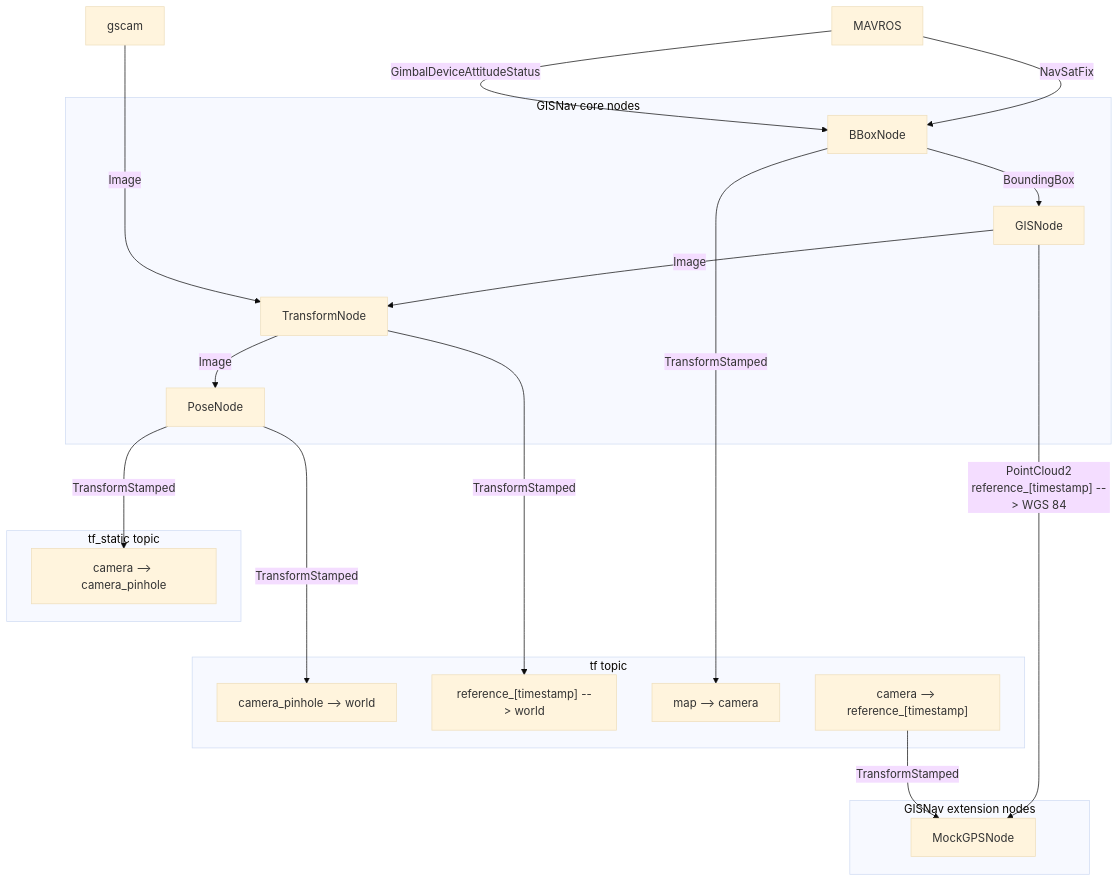
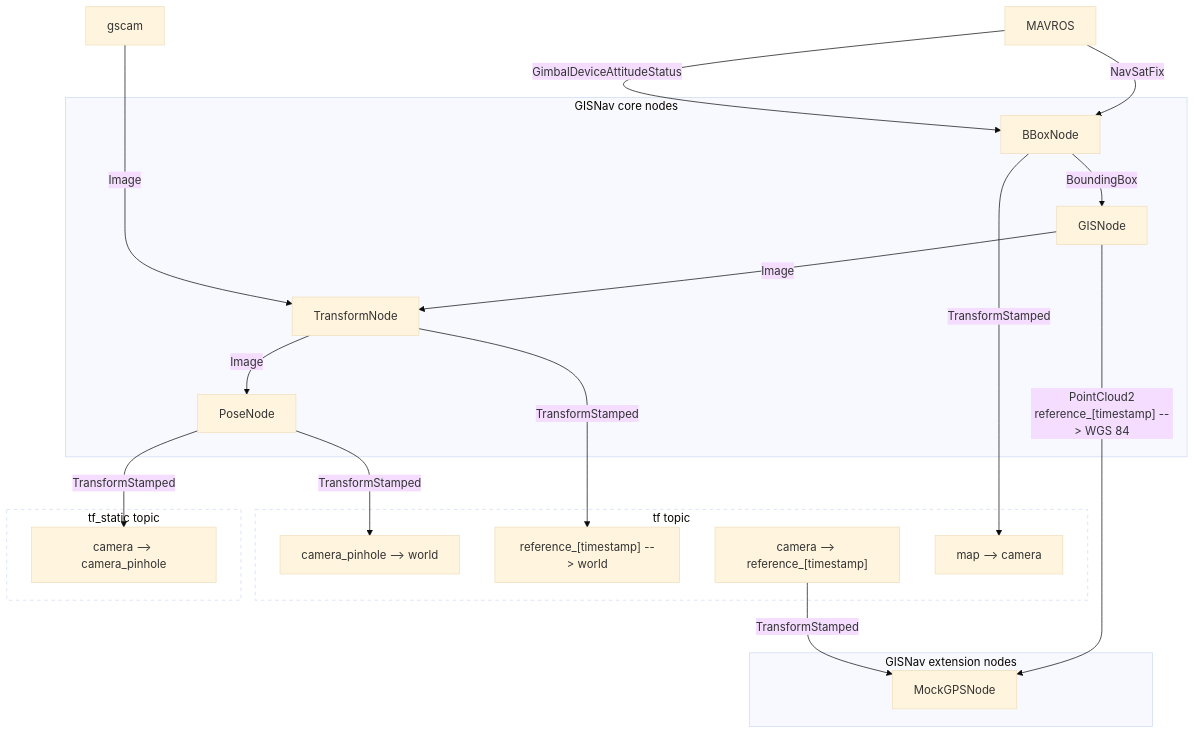
Before and after one commit to hmakelin/gisnav: the diagram in docs/pages/developer_guide/integration/ros_messaging.rst, drawn with Mermaid (base theme). The commit also changed other lines of this file, not shown here.

Commit message:
Update ROS graph documentation

```diff
--- a/docs/pages/developer_guide/integration/ros_messaging.rst
+++ b/docs/pages/developer_guide/integration/ros_messaging.rst
@@ -47,37 +13,39 @@
 .. mermaid::
 
     graph TB
         MAVROS -->|"NavSatFix"| BBoxNode
         MAVROS -->|"GimbalDeviceAttitudeStatus"| BBoxNode
 
         subgraph core["GISNav core nodes"]
             BBoxNode -->|"BoundingBox"| GISNode
             GISNode -->|"Image"| TransformNode
             TransformNode -->|"Image"| PoseNode
         end
 
         subgraph tf["tf topic"]
             camera_pinhole_to_world["camera_pinhole --> world"]
             reference_to_world["reference_[timestamp] --> world"]
+            camera_to_reference["camera --> reference_[timestamp]"]
             map_to_camera["map --> camera"]
-            camera_to_reference["camera --> reference_[timestamp]"]
-
         end
 
         subgraph tf_static["tf_static topic"]
             camera_to_camera_pinhole["camera --> camera_pinhole"]
         end
 
         subgraph extension["GISNav extension nodes"]
             MockGPSNode["MockGPSNode"]
         end
 
         gscam ---->|"Image"| TransformNode
 
         GISNode -->|"PointCloud2\nreference_[timestamp] --> WGS 84"| MockGPSNode
         camera_to_reference -->|"TransformStamped"| MockGPSNode
 
-        PoseNode --->|"TransformStamped"| camera_pinhole_to_world
+        PoseNode -->|"TransformStamped"| camera_pinhole_to_world
         PoseNode -->|"TransformStamped"| camera_to_camera_pinhole
         TransformNode -->|"TransformStamped"| reference_to_world
         BBoxNode -->|"TransformStamped"| map_to_camera
+
+        classDef tfClass fill:transparent,stroke-dasharray:5 5;
+        class tf,tf_static tfClass
```
